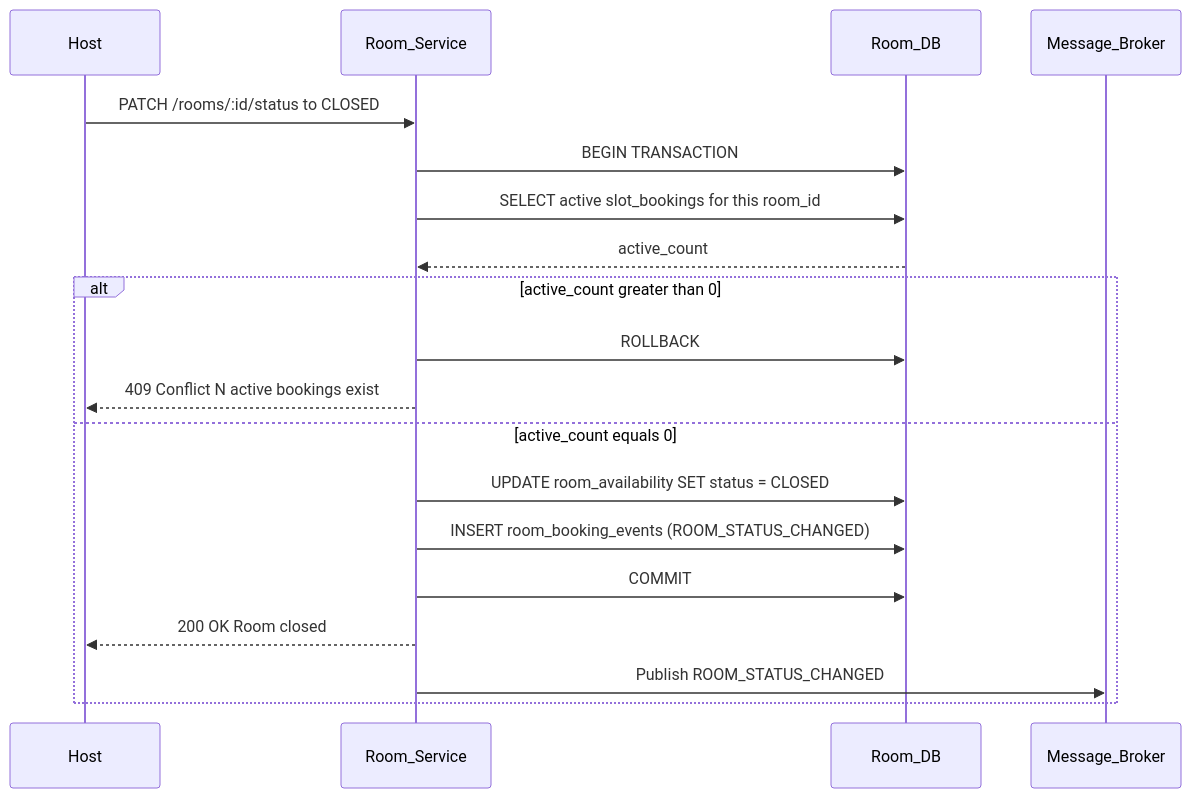
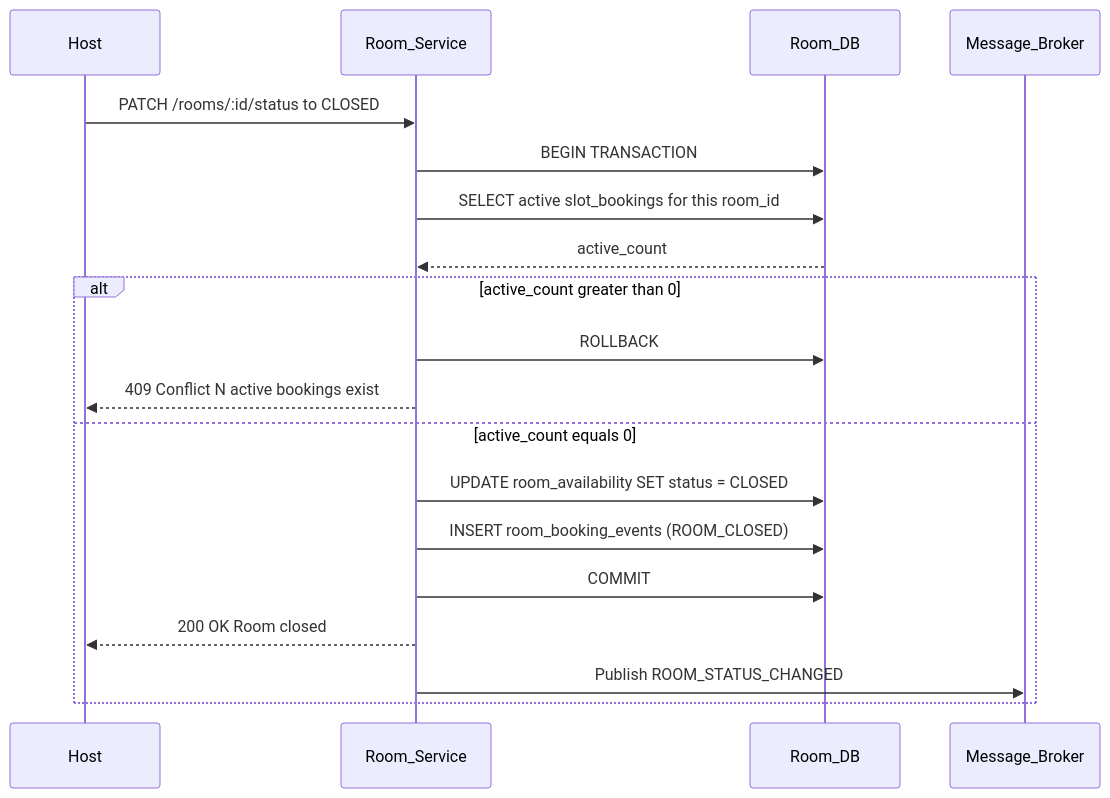
One commit to PhamVietHoangFPT/databaseHomi changed diagram 18 of 41 in Mermaid.md. Above: the diagram before and after it, drawn with Mermaid. The commit also changed other lines of this file and 3 other files, not shown here.

````diff
--- a/Mermaid.md
+++ b/Mermaid.md
@@ -643,23 +662,23 @@
 ```mermaid
 sequenceDiagram
     participant Host
     participant Room_Service
     participant Room_DB
 
     Host->>Room_Service: PATCH /rooms/:id/status to CLOSED
 
     Room_Service->>Room_DB: BEGIN TRANSACTION
     Room_Service->>Room_DB: SELECT active slot_bookings for this room_id
     Room_DB-->>Room_Service: active_count
 
     alt active_count greater than 0
         Room_Service->>Room_DB: ROLLBACK
         Room_Service-->>Host: 409 Conflict N active bookings exist
     else active_count equals 0
         Room_Service->>Room_DB: UPDATE room_availability SET status = CLOSED
-        Room_Service->>Room_DB: INSERT room_booking_events (ROOM_STATUS_CHANGED)
+        Room_Service->>Room_DB: INSERT room_booking_events (ROOM_CLOSED)
         Room_Service->>Room_DB: COMMIT
         Room_Service-->>Host: 200 OK Room closed
         Room_Service->>Message_Broker: Publish ROOM_STATUS_CHANGED
     end
 ```
````
